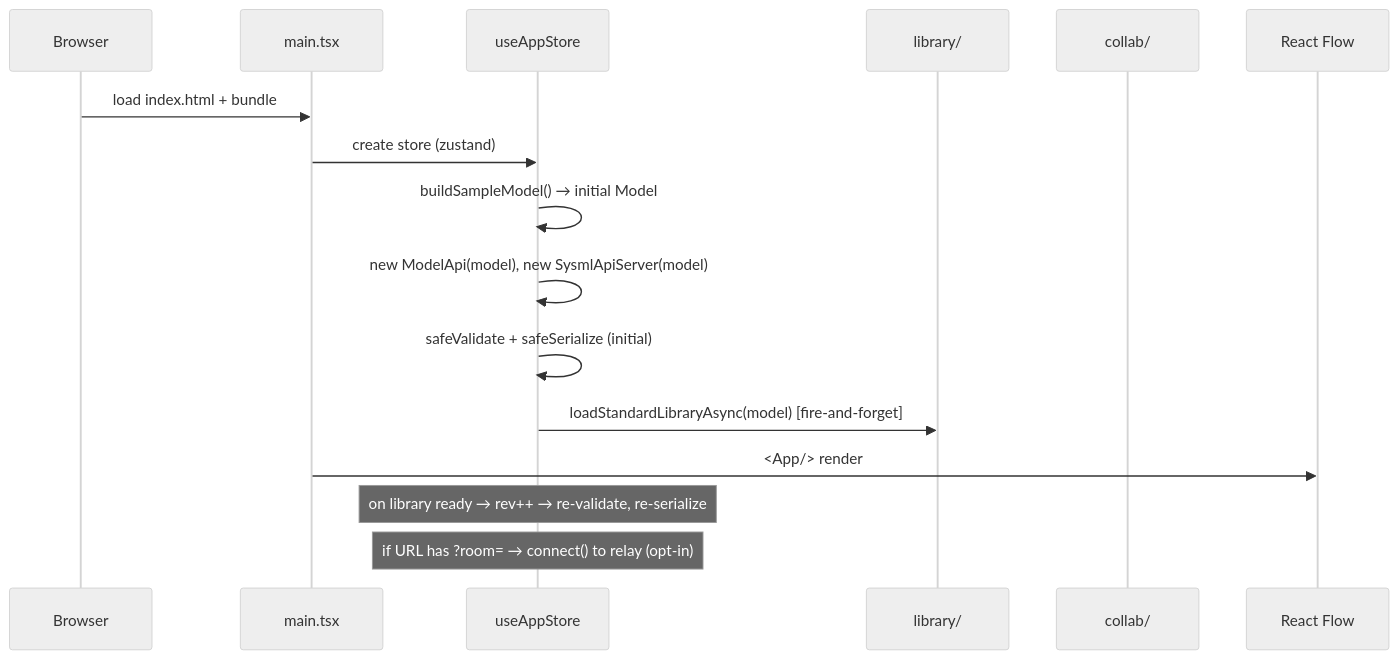
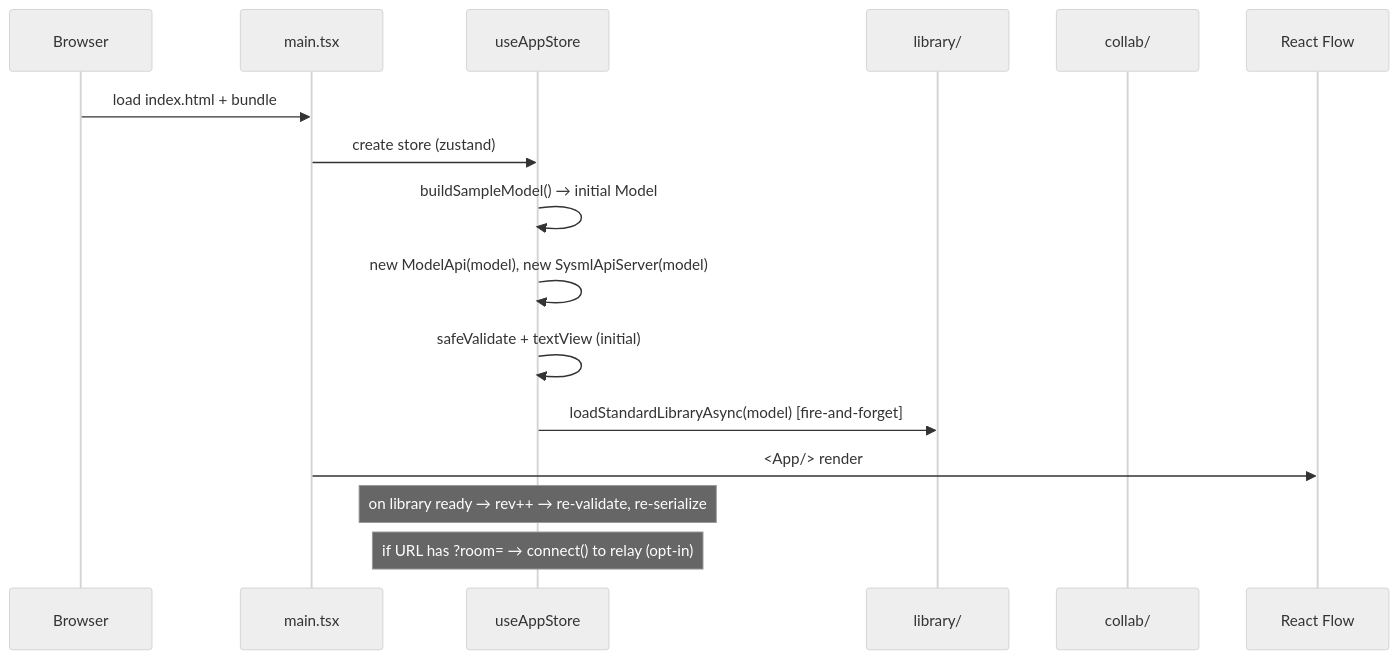
One commit to cosmindxu/sysprose changed the first of 8 diagrams in docs/architecture/06-sequence-diagrams.md. Above: the diagram before and after it, drawn with Mermaid (neutral theme). The commit also changed other lines of this file and 26 other files, not shown here.

````diff
--- a/docs/architecture/06-sequence-diagrams.md
+++ b/docs/architecture/06-sequence-diagrams.md
@@ -8,19 +8,19 @@
 ```mermaid
 sequenceDiagram
     participant B as Browser
     participant Main as main.tsx
     participant S as useAppStore
     participant Lib as library/
     participant Collab as collab/
     participant RF as React Flow
 
     B->>Main: load index.html + bundle
     Main->>S: create store (zustand)
     S->>S: buildSampleModel() → initial Model
     S->>S: new ModelApi(model), new SysmlApiServer(model)
-    S->>S: safeValidate + safeSerialize (initial)
+    S->>S: safeValidate + textView (initial)
     S->>Lib: loadStandardLibraryAsync(model) [fire-and-forget]
     Main->>RF: <App/> render
     Note over S: on library ready → rev++ → re-validate, re-serialize
     Note over S: if URL has ?room= → connect() to relay (opt-in)
 ```
````
